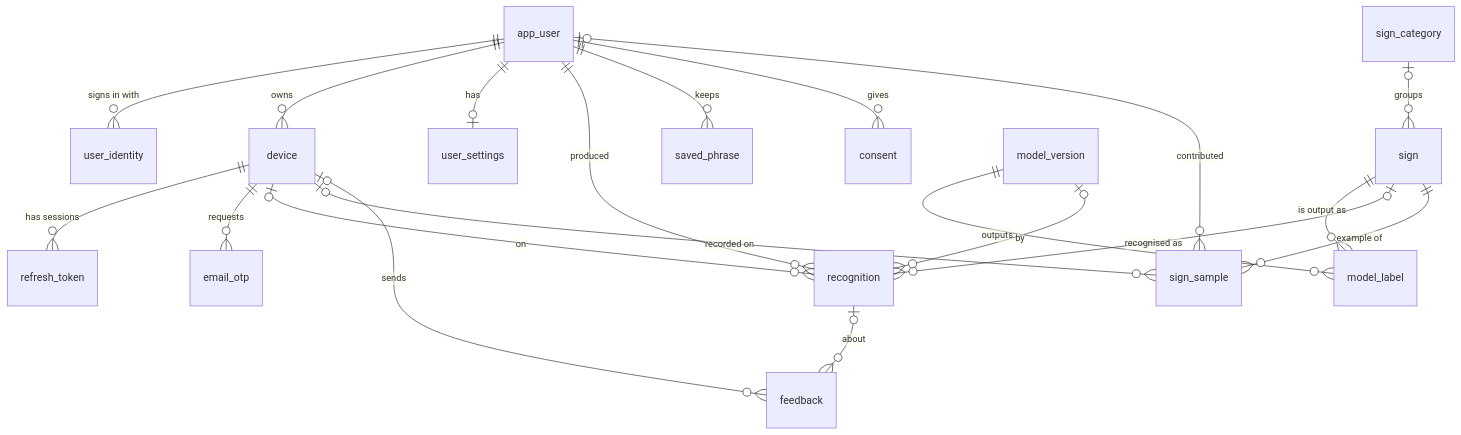
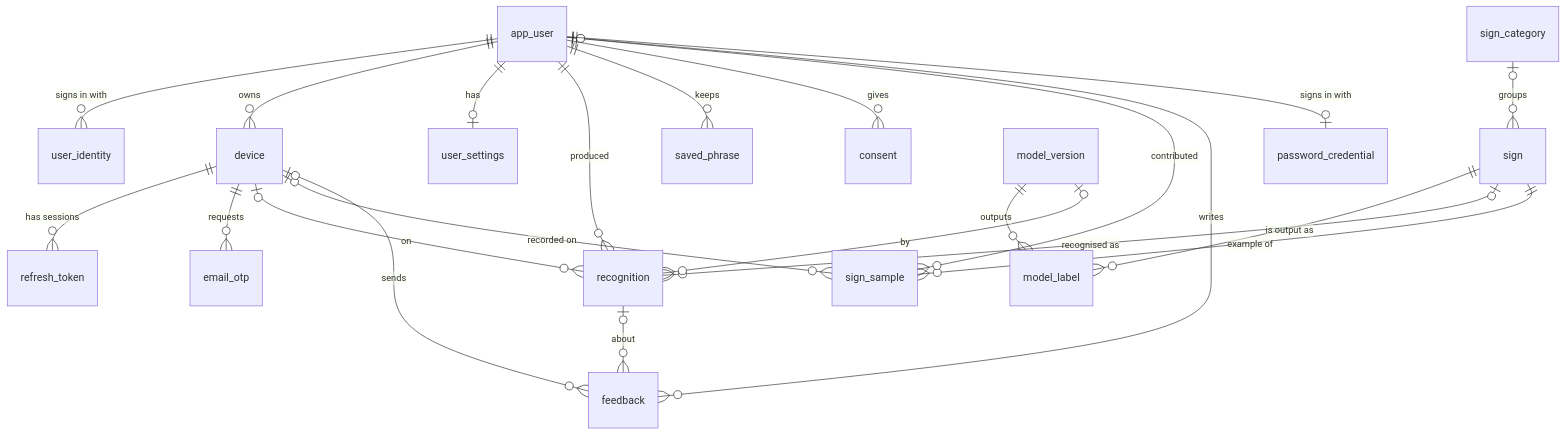
The diagram in backend-java/docs/schema.md (NT101-lc/SilentVoixApp), drawn with Mermaid before and after one commit. The commit also changed other lines of this file and 30 other files, not shown here.

````diff
--- a/backend-java/docs/schema.md
+++ b/backend-java/docs/schema.md
@@ -32,22 +33,24 @@
 ```mermaid
 erDiagram
     app_user ||--o{ user_identity : "signs in with"
     app_user ||--o{ device : owns
     device ||--o{ refresh_token : "has sessions"
     device ||--o{ email_otp : requests
     app_user ||--o| user_settings : has
     app_user ||--o{ recognition : produced
     device |o--o{ recognition : "on"
     app_user ||--o{ saved_phrase : keeps
     app_user ||--o{ consent : gives
     sign_category |o--o{ sign : groups
     sign ||--o{ model_label : "is output as"
     model_version ||--o{ model_label : outputs
     sign |o--o{ recognition : "recognised as"
     model_version |o--o{ recognition : "by"
     sign ||--o{ sign_sample : "example of"
     app_user |o--o{ sign_sample : contributed
     device |o--o{ sign_sample : "recorded on"
     device |o--o{ feedback : sends
+    app_user |o--o{ feedback : writes
+    app_user ||--o| password_credential : "signs in with"
     recognition |o--o{ feedback : about
 ```
````
